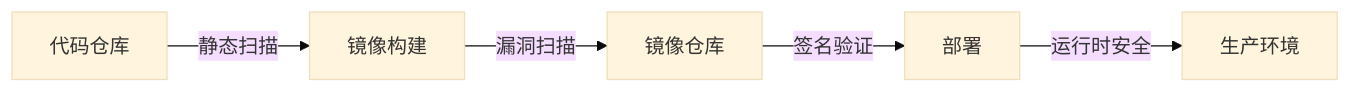
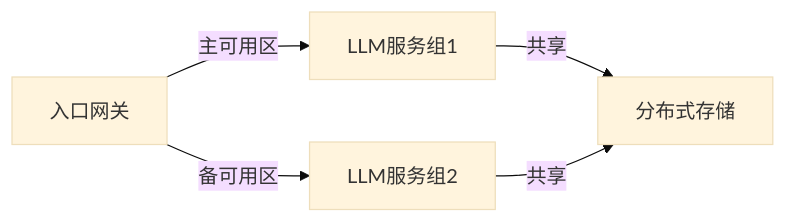
One commit to pizicaiman/pizicaiman.github.io changed the second of 3 diagrams in docs/devops/2025/ack_llm_practrise_2025.md. Above: the diagram before and after it, drawn with Mermaid (base theme). The commit also changed other lines of this file and 4 other files, not shown here.

````diff
--- a/docs/devops/2025/ack_llm_practrise_2025.md
+++ b/docs/devops/2025/ack_llm_practrise_2025.md
@@ -124,7 +217,7 @@
 ```mermaid
 graph LR
-    A[代码仓库] -->|静态扫描| B[镜像构建]
-    B -->|漏洞扫描| C[镜像仓库]
-    C -->|签名验证| D[部署]
-    D -->|运行时安全| E[生产环境]
+    A[入口网关] -->|主可用区| B[LLM服务组1]
+    A -->|备可用区| C[LLM服务组2]
+    B -->|共享| D[分布式存储]
+    C -->|共享| D
 ```
````
